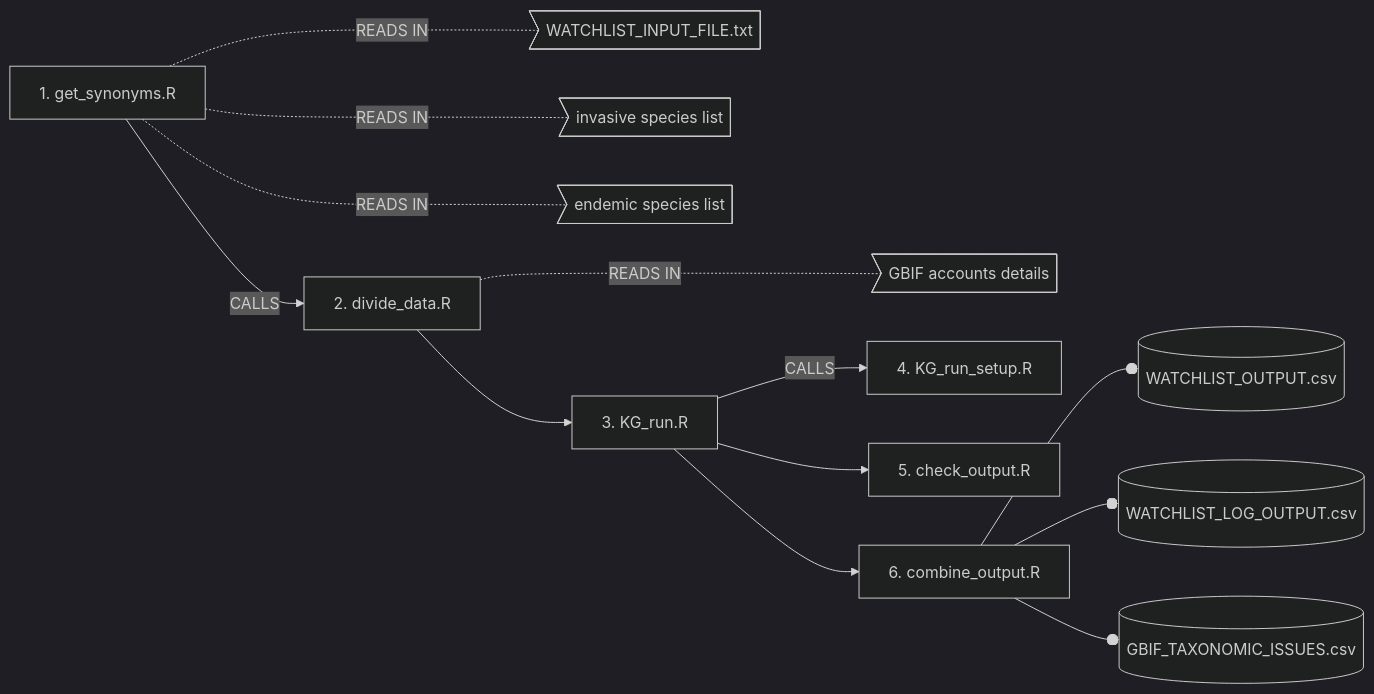
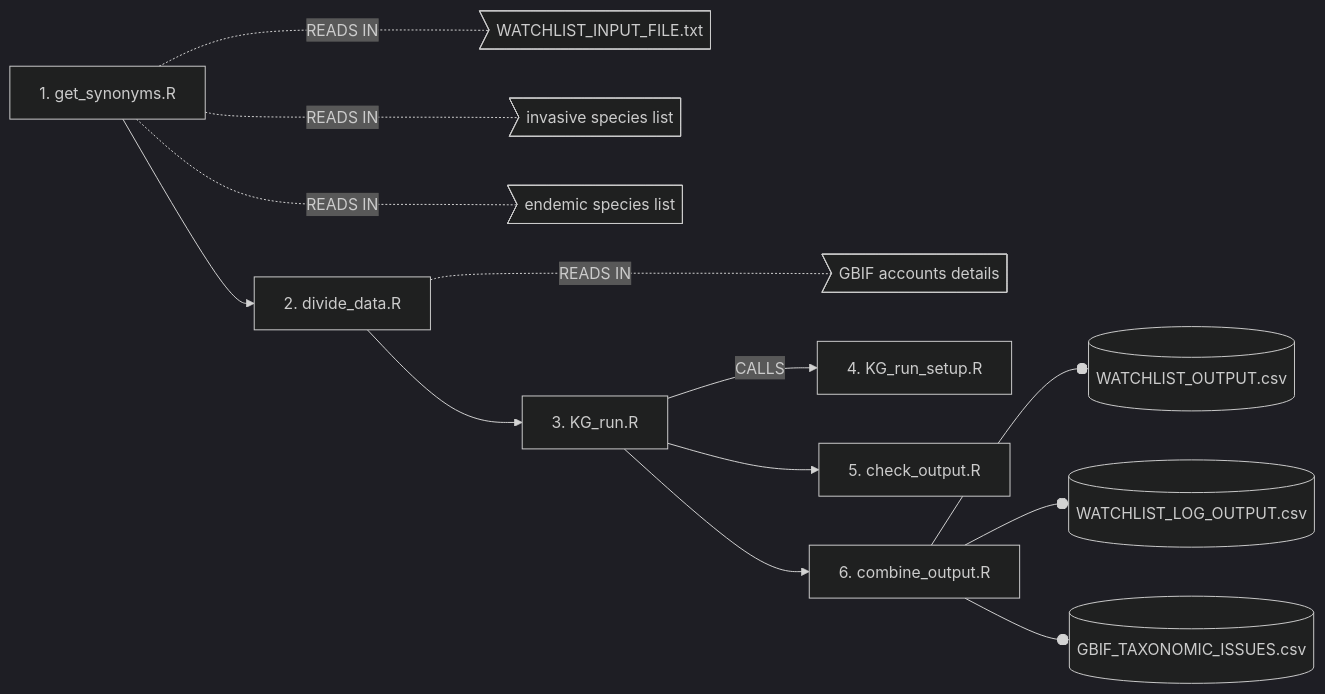
Before and after one commit to clarkevansteenderen/KG_watchlist_parallel: the diagram in README.md, drawn with Mermaid (dark theme). The commit also changed other lines of this file, not shown here.

````diff
--- a/README.md
+++ b/README.md
@@ -36,10 +37,10 @@
 ```mermaid
   graph LR;
-      A[1. get_synonyms.R] --> |CALLS| B[2. divide_data.R]
+      A[1. get_synonyms.R] --> B[2. divide_data.R]
       A -..- |READS IN| C>WATCHLIST_INPUT_FILE.txt] & D>invasive species list] & E>endemic species list] 
       B -..- |READS IN| F>GBIF accounts details]
       B --> G[3. KG_run.R]
       G --> |CALLS| H[4. KG_run_setup.R]
       G --> I[5. check_output.R] & J[6. combine_output.R]
       J--o K[(WATCHLIST_OUTPUT.csv)] & L[(WATCHLIST_LOG_OUTPUT.csv)] & M[(GBIF_TAXONOMIC_ISSUES.csv)]
 ```
````
